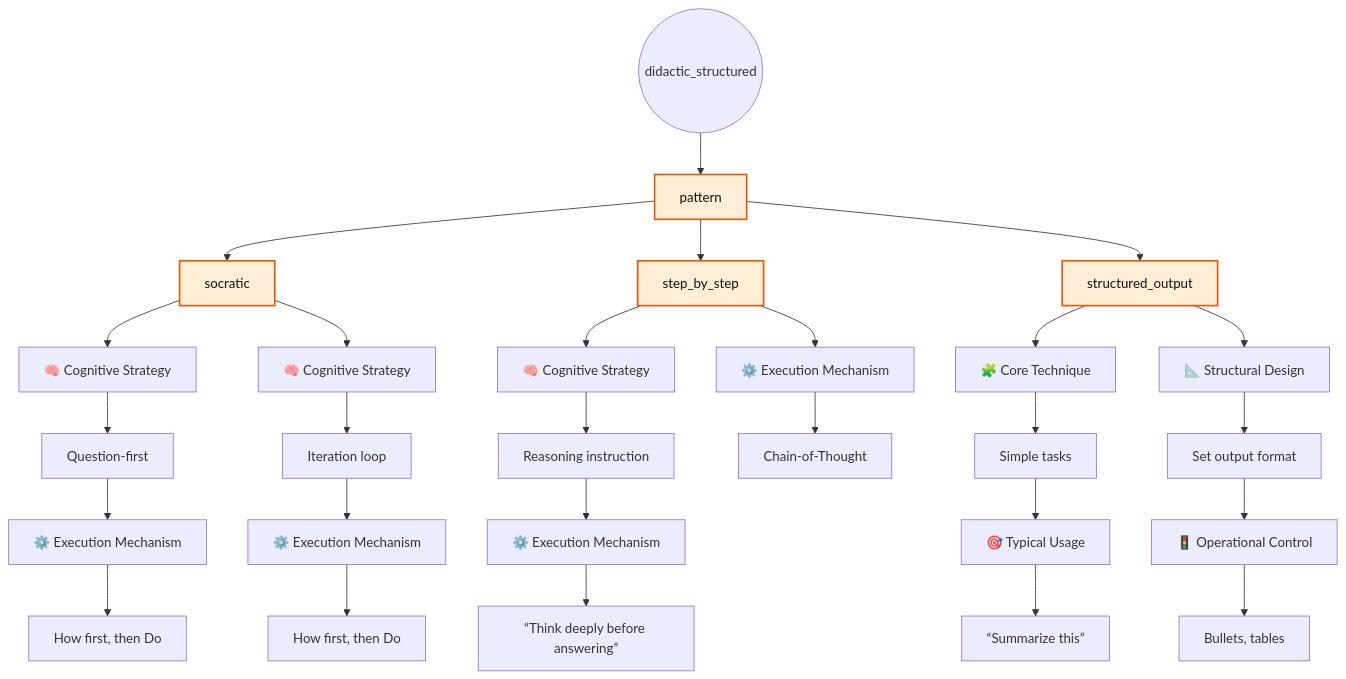
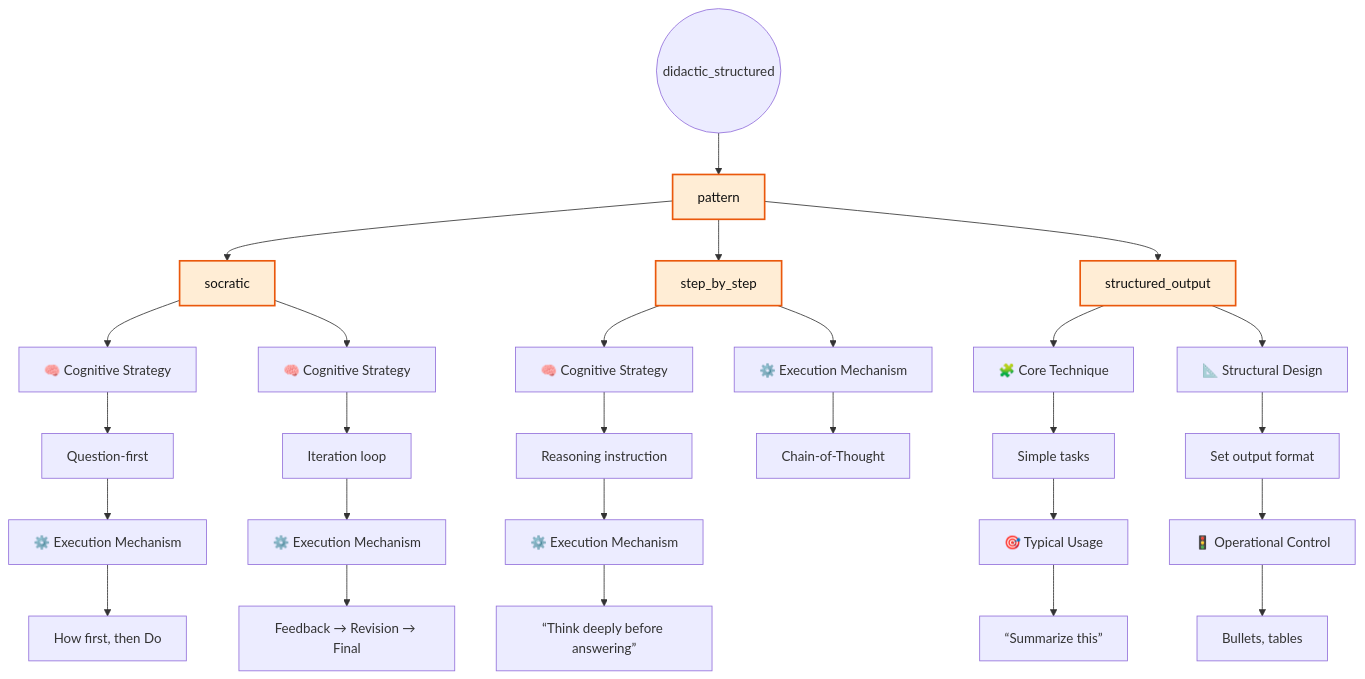
Before and after one commit to perfectCoder-dev/Ai-promt-en: the second of 3 diagrams in assets/docs/prompts/pattern_groups/built-in_pattern_groups.md, drawn with Mermaid. The commit also changed other lines of this file and 2 other files, not shown here.

````diff
--- a/assets/docs/prompts/pattern_groups/built-in_pattern_groups.md
+++ b/assets/docs/prompts/pattern_groups/built-in_pattern_groups.md
@@ -109,44 +116,44 @@
 ```mermaid
 flowchart TD
 
 A((didactic_structured))
 
 A --> B[pattern]
 B --> C[socratic]
 C --> D[🧠 Cognitive Strategy]
 D --> E[Question-first]
 E --> F[⚙️ Execution Mechanism]
 F --> G[How first, then Do]
 
 C --> H[🧠 Cognitive Strategy]
 H --> I[Iteration loop]
 I --> J[⚙️ Execution Mechanism]
-J --> K[How first, then Do]
+J --> K[Feedback → Revision → Final]
 
 B --> L[step_by_step]
 L --> M[🧠 Cognitive Strategy]
 M --> O[Reasoning instruction]
 O --> P[⚙️ Execution Mechanism]
 P --> Q[“Think deeply before answering”]
 
 L --> R[⚙️ Execution Mechanism]
 R --> S[Chain-of-Thought]
 
 B --> T[structured_output]
 T --> U[🧩 Core Technique]
 U --> V[Simple tasks]
 V --> W[🎯 Typical Usage]
 W --> X[“Summarize this”]
 
 T --> Y[📐 Structural Design]
 Y --> Z[Set output format]
 Z --> AA[🚦 Operational Control]
 AA --> BB[Bullets, tables]
 
 %% Color definitions
 classDef pattern fill:#ffedd5,stroke:#ea580c,stroke-width:2px,color:#111;
 
 %% Apply colors
 class B,C,L,T pattern
 
 ```
````
